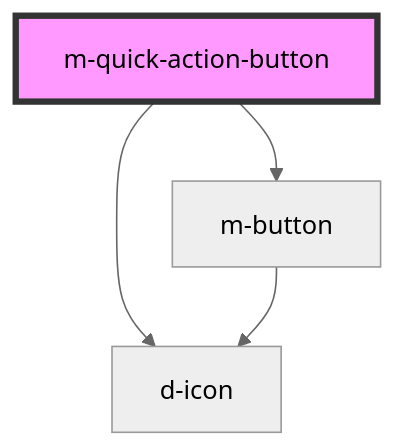
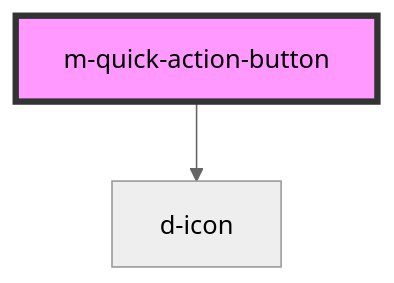
The diagram in libraries/dynamic-ui/src/components/m-quick-action-button/readme.md (dynamic-framework/dynamic-ui), drawn with Mermaid (neutral theme) before and after one commit. The commit also changed other lines of this file and 32 other files, not shown here.

````diff
--- a/libraries/dynamic-ui/src/components/m-quick-action-button/readme.md
+++ b/libraries/dynamic-ui/src/components/m-quick-action-button/readme.md
@@ -44,7 +43,5 @@
 ```mermaid
 graph TD;
   m-quick-action-button --> d-icon
-  m-quick-action-button --> m-button
-  m-button --> d-icon
   style m-quick-action-button fill:#f9f,stroke:#333,stroke-width:4px
 ```
````
